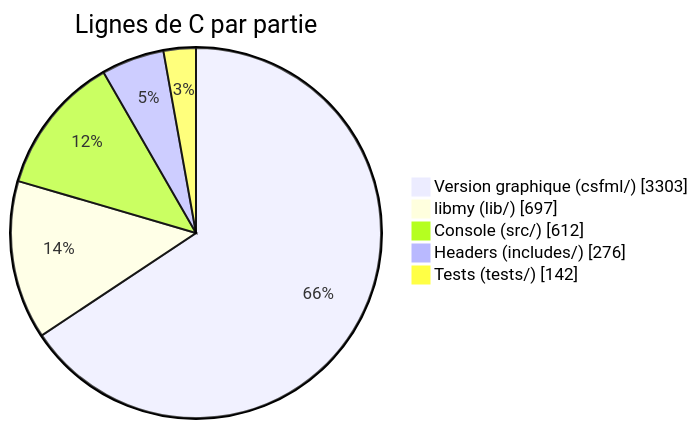
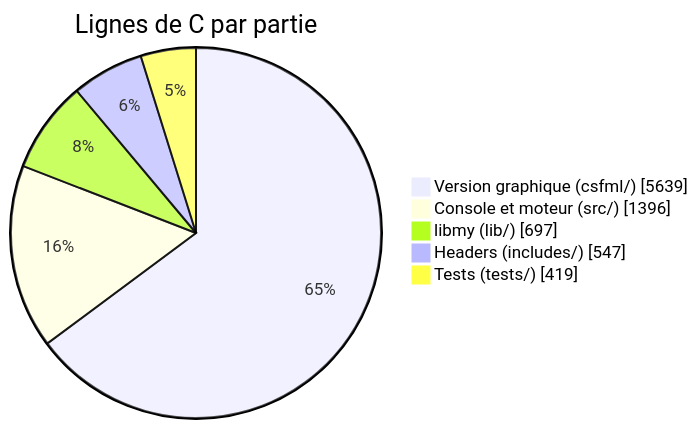
The seventh of 9 diagrams in README.md (Vylllixis/RedStrings), drawn with Mermaid before and after one commit. The commit also changed other lines of this file, not shown here.

````diff
--- a/README.md
+++ b/README.md
@@ -585,9 +683,9 @@
 ```mermaid
 pie showData
     title Lignes de C par partie
-    "Version graphique (csfml/)" : 3303
+    "Version graphique (csfml/)" : 5639
+    "Console et moteur (src/)" : 1396
     "libmy (lib/)" : 697
-    "Console (src/)" : 612
-    "Headers (includes/)" : 276
-    "Tests (tests/)" : 142
+    "Headers (includes/)" : 547
+    "Tests (tests/)" : 419
 ```
````
